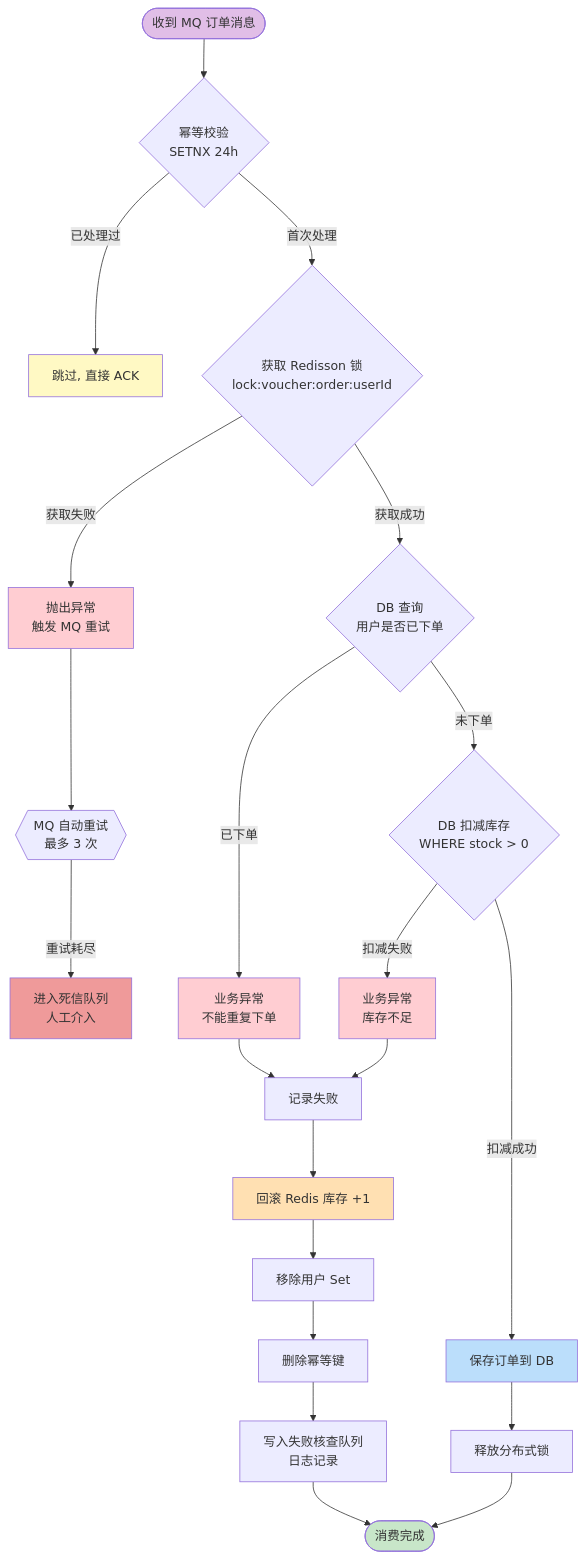
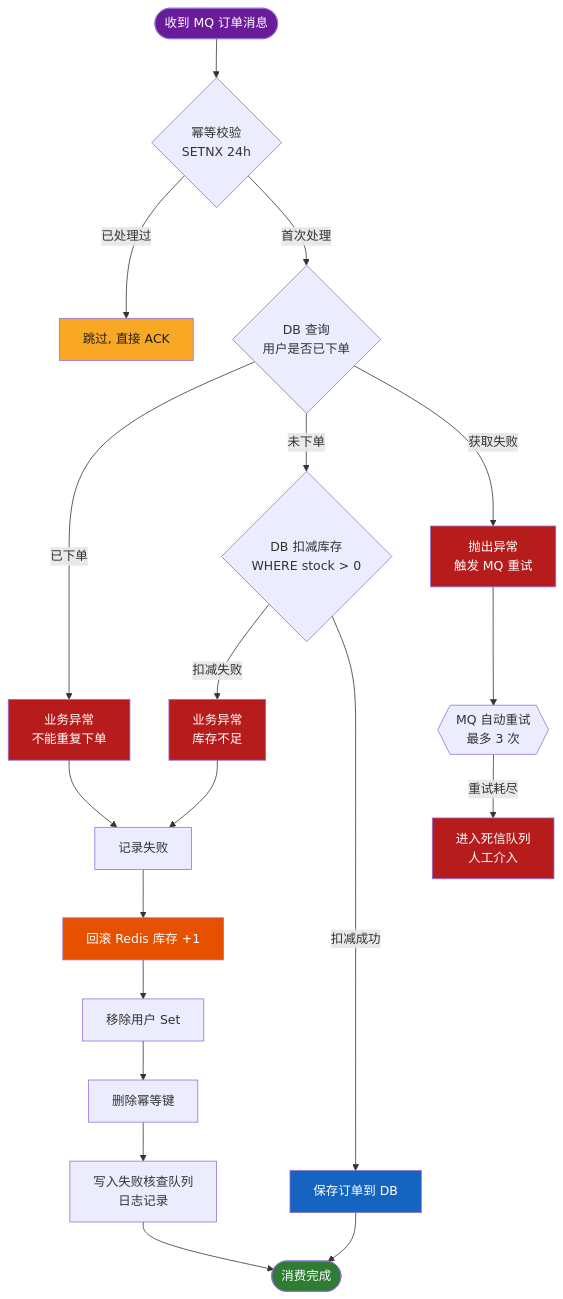
The third of 3 diagrams in README.md (Shardkiht/FlashDeal), drawn with Mermaid before and after one commit. The commit also changed other lines of this file, not shown here.

````diff
--- a/README.md
+++ b/README.md
@@ -176,38 +174,35 @@
 ```mermaid
 flowchart TD
     MSG([收到 MQ 订单消息]) --> IDEM{幂等校验<br/>SETNX 24h}
     IDEM -->|已处理过| SKIP[跳过, 直接 ACK]
-    IDEM -->|首次处理| LOCK{获取 Redisson 锁<br/>lock:voucher:order:userId}
-
-    LOCK -->|获取失败| THROW1[抛出异常<br/>触发 MQ 重试]
-    LOCK -->|获取成功| DBCHECK{DB 查询<br/>用户是否已下单}
+    IDEM -->|首次处理| DBCHECK{DB 查询<br/>用户是否已下单}
 
     DBCHECK -->|已下单| BIZEX[业务异常<br/>不能重复下单]
     DBCHECK -->|未下单| DBSTOCK{DB 扣减库存<br/>WHERE stock > 0}
 
     DBSTOCK -->|扣减失败| BIZEX2[业务异常<br/>库存不足]
     DBSTOCK -->|扣减成功| SAVE[保存订单到 DB]
-    SAVE --> UNLOCK[释放分布式锁]
-    UNLOCK --> DONE([消费完成])
+    SAVE --> DONE([消费完成])
 
     BIZEX --> RECORD[记录失败]
     BIZEX2 --> RECORD
     RECORD --> RBSTOCK[回滚 Redis 库存 +1]
     RBSTOCK --> RBUSER[移除用户 Set]
     RBUSER --> DELIDEM[删除幂等键]
     DELIDEM --> LOG[写入失败核查队列<br/>日志记录]
     LOG --> DONE
 
+    DBCHECK -->|获取失败| THROW1[抛出异常<br/>触发 MQ 重试]
     THROW1 --> RETRY{{MQ 自动重试<br/>最多 3 次}}
     RETRY -->|重试耗尽| DLQ[进入死信队列<br/>人工介入]
 
-    style MSG fill:#e1bee7
-    style DONE fill:#c8e6c9
-    style SKIP fill:#fff9c4
-    style BIZEX fill:#ffcdd2
-    style BIZEX2 fill:#ffcdd2
-    style THROW1 fill:#ffcdd2
-    style DLQ fill:#ef9a9a
-    style RBSTOCK fill:#ffe0b2
-    style SAVE fill:#bbdefb
+    style MSG fill:#6a1b9a,color:#fff
+    style DONE fill:#2e7d32,color:#fff
+    style SKIP fill:#f9a825,color:#212121
+    style BIZEX fill:#b71c1c,color:#fff
+    style BIZEX2 fill:#b71c1c,color:#fff
+    style THROW1 fill:#b71c1c,color:#fff
+    style DLQ fill:#b71c1c,color:#fff
+    style RBSTOCK fill:#e65100,color:#fff
+    style SAVE fill:#1565c0,color:#fff
 ```
````
